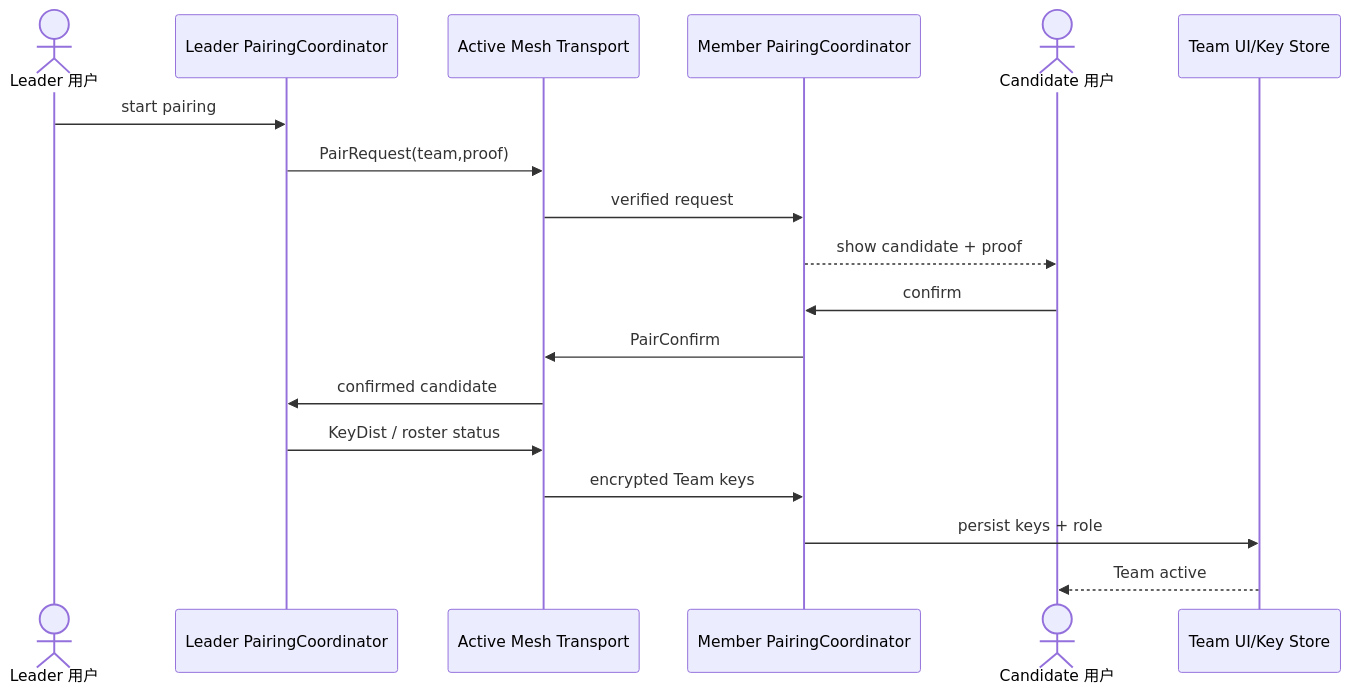
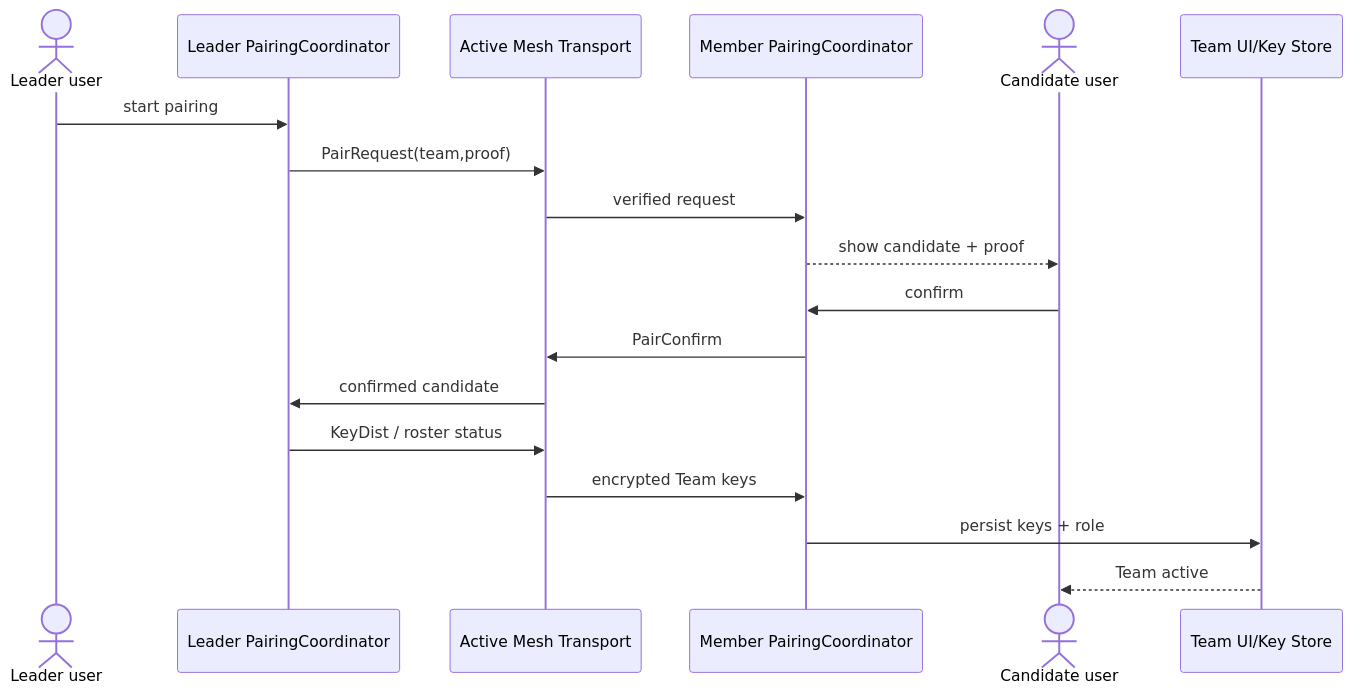
The diagram in docs/design/use-case-diagrams/manage-team-sharing/sequences/sequence-manage-team-sharing.md (manmuqingshan/trail-mate), drawn with Mermaid before and after one commit. The commit also changed other lines of this file and 527 other files, not shown here.

````diff
--- a/docs/design/use-case-diagrams/manage-team-sharing/sequences/sequence-manage-team-sharing.md
+++ b/docs/design/use-case-diagrams/manage-team-sharing/sequences/sequence-manage-team-sharing.md
@@ -2,20 +2,20 @@
 ```mermaid
 sequenceDiagram
-  actor L as Leader 用户
+ actor L as Leader user
   participant LP as Leader PairingCoordinator
   participant Transport as Active Mesh Transport
   participant MP as Member PairingCoordinator
-  actor M as Candidate 用户
+ actor M as Candidate user
   participant Store as Team UI/Key Store
   L->>LP: start pairing
   LP->>Transport: PairRequest(team,proof)
   Transport->>MP: verified request
   MP-->>M: show candidate + proof
   M->>MP: confirm
   MP->>Transport: PairConfirm
   Transport->>LP: confirmed candidate
   LP->>Transport: KeyDist / roster status
   Transport->>MP: encrypted Team keys
   MP->>Store: persist keys + role
   Store-->>M: Team active
 ```
````
